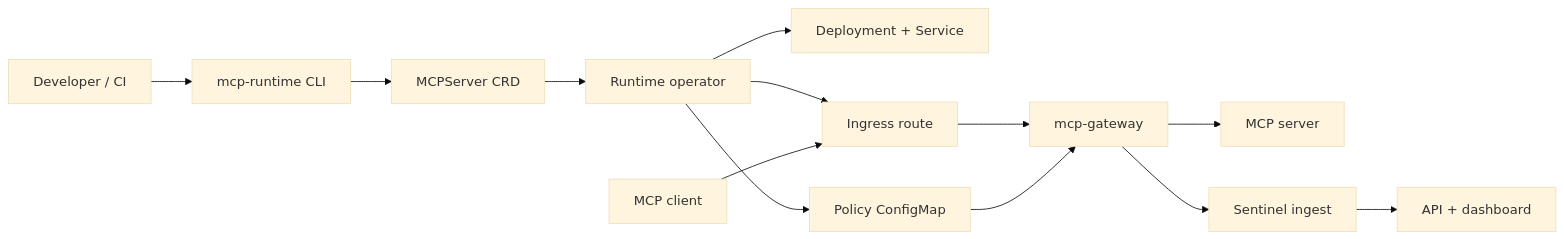
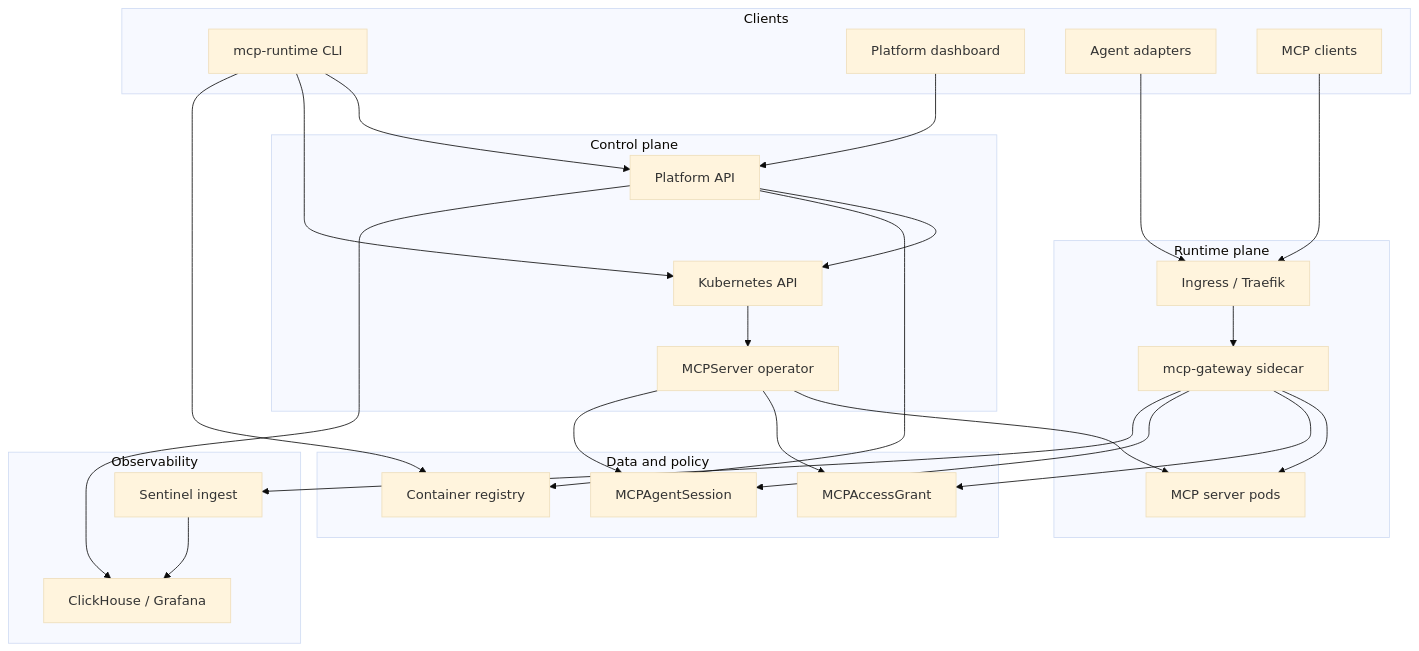
Before and after one commit to Agent-Hellboy/mcp-runtime: the diagram in docs/architecture.md, drawn with Mermaid (base theme). The commit also changed other lines of this file and 16 other files, not shown here.

First line of the commit message:
doc: refresh deployment docs for k3s bundled-https and platform ops

````diff
--- a/docs/architecture.md
+++ b/docs/architecture.md
@@ -5,15 +9,50 @@
 ```mermaid
-flowchart LR
-    Dev[Developer / CI] --> CLI[mcp-runtime CLI]
-    CLI --> CRD[MCPServer CRD]
-    CRD --> Operator[Runtime operator]
-    Operator --> Workload[Deployment + Service]
-    Operator --> Ingress[Ingress route]
-    Operator --> Policy[Policy ConfigMap]
-    Client[MCP client] --> Ingress
-    Ingress --> Gateway[mcp-gateway]
-    Policy --> Gateway
-    Gateway --> Server[MCP server]
-    Gateway --> Ingest[Sentinel ingest]
-    Ingest --> UI[API + dashboard]
+flowchart TB
+    subgraph clients [Clients]
+        CLI[mcp-runtime CLI]
+        UI[Platform dashboard]
+        Agent[Agent adapters]
+        MCP[MCP clients]
+    end
+
+    subgraph control [Control plane]
+        API[Platform API]
+        K8s[Kubernetes API]
+        Op[MCPServer operator]
+    end
+
+    subgraph runtime [Runtime plane]
+        Ing[Ingress / Traefik]
+        GW[mcp-gateway sidecar]
+        Srv[MCP server pods]
+    end
+
+    subgraph data [Data and policy]
+        Grant[MCPAccessGrant]
+        Session[MCPAgentSession]
+        Reg[Container registry]
+    end
+
+    subgraph obs [Observability]
+        Ingest[Sentinel ingest]
+        CH[ClickHouse / Grafana]
+    end
+
+    CLI --> API
+    CLI --> K8s
+    UI --> API
+    Agent --> Ing
+    MCP --> Ing
+    API --> K8s
+    K8s --> Op
+    Op --> Srv
+    Op --> Grant
+    Op --> Session
+    Ing --> GW --> Srv
+    GW --> Grant
+    GW --> Session
+    CLI --> Reg
+    API --> Reg
+    GW --> Ingest --> CH
+    API --> CH
 ```
````
